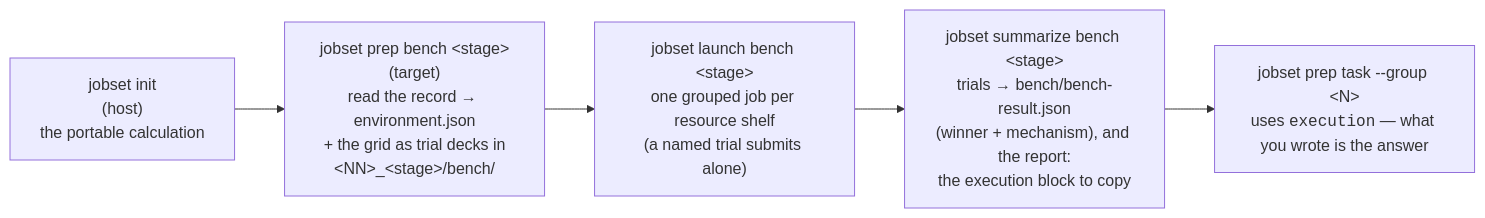
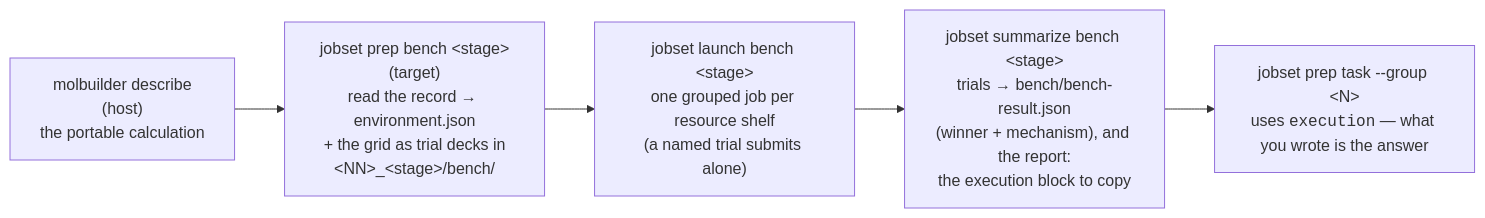
Diagram 15 of 19 in docs/execution/job-system.md (Qing-LAB/molbuilder), drawn with Mermaid before and after one commit. The commit also changed other lines of this file and 196 other files, not shown here.

````diff
--- a/docs/execution/job-system.md
+++ b/docs/execution/job-system.md
@@ -2931,9 +2957,9 @@
 ```mermaid
 flowchart LR
-    D["jobset init<br/>(host)<br/>the portable calculation"]
+    D["molbuilder describe<br/>(host)<br/>the portable calculation"]
     P["jobset prep bench &lt;stage&gt;<br/>(target)<br/>read the record → environment.json<br/>+ the grid as trial decks in<br/>&lt;NN&gt;_&lt;stage&gt;/bench/"]
     R["jobset launch bench &lt;stage&gt;<br/>one grouped job per resource shelf<br/>(a named trial submits alone)"]
     S["jobset summarize bench &lt;stage&gt;<br/>trials → bench/bench-result.json<br/>(winner + mechanism), and the report:<br/>the execution block to copy"]
     PR["jobset prep task --group &lt;N&gt;<br/>uses <code>execution</code> — what you wrote is the answer"]
     D --> P --> R --> S --> PR
 ```
````
